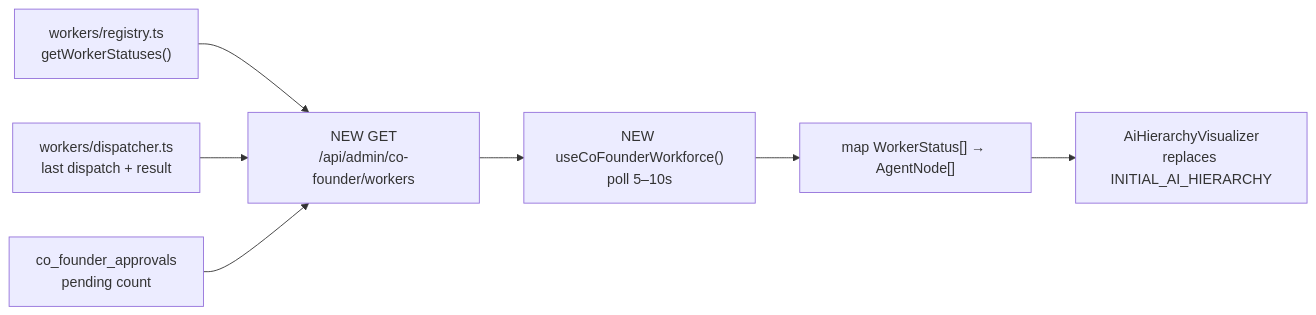
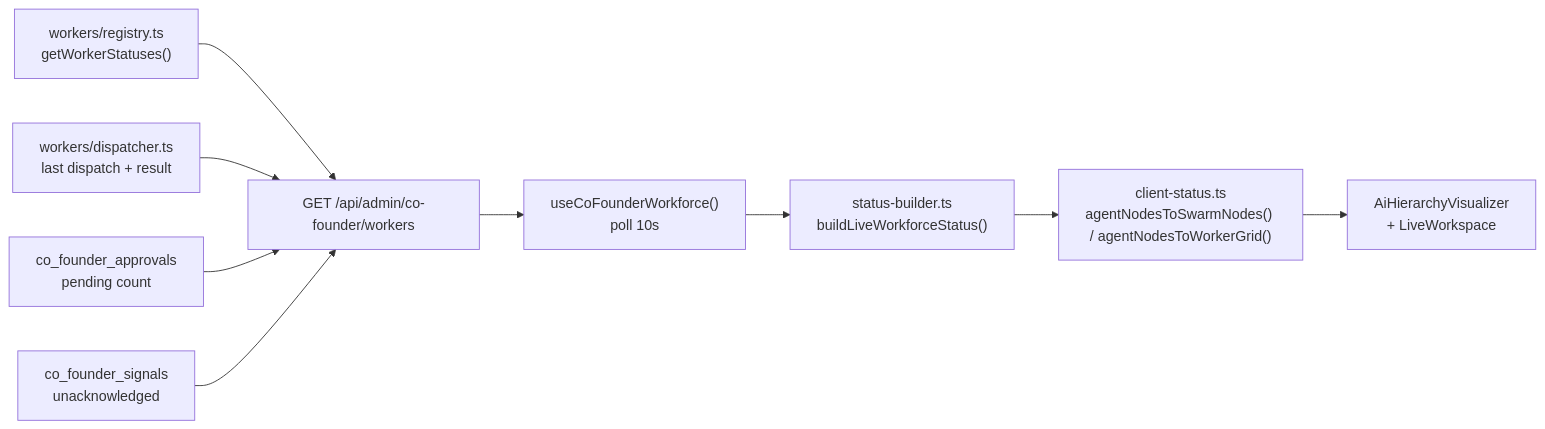
The seventh of 7 diagrams in AI_COFOUNDER_UI_UX_REDESIGN_DISCOVERY.md (Ruhvi2026/Ruhvi), drawn with Mermaid before and after one commit. The commit also changed other lines of this file and 22 other files, not shown here.

First line of the commit message:
docs(co-founder): update AI COFOUNDER UI/UX redesign discovery doc with implementation status

````diff
--- a/AI_COFOUNDER_UI_UX_REDESIGN_DISCOVERY.md
+++ b/AI_COFOUNDER_UI_UX_REDESIGN_DISCOVERY.md
@@ -1121,9 +1166,11 @@
 ```mermaid
 flowchart LR
-  REG["workers/registry.ts<br/>getWorkerStatuses()"] --> ROUTE["NEW GET<br/>/api/admin/co-founder/workers"]
+  REG["workers/registry.ts<br/>getWorkerStatuses()"] --> ROUTE["GET /api/admin/co-founder/workers"]
   DISP["workers/dispatcher.ts<br/>last dispatch + result"] --> ROUTE
   APPR["co_founder_approvals<br/>pending count"] --> ROUTE
-  ROUTE --> HOOK["NEW useCoFounderWorkforce()<br/>poll 5–10s"]
-  HOOK --> MAP["map WorkerStatus[] → AgentNode[]"]
-  MAP --> HIER["AiHierarchyVisualizer<br/>replaces INITIAL_AI_HIERARCHY"]
+  SIG["co_founder_signals<br/>unacknowledged"] --> ROUTE
+  ROUTE --> HOOK["useCoFounderWorkforce()<br/>poll 10s"]
+  HOOK --> MAP["status-builder.ts<br/>buildLiveWorkforceStatus()"]
+  MAP --> ADAPTER["client-status.ts<br/>agentNodesToSwarmNodes() / agentNodesToWorkerGrid()"]
+  ADAPTER --> HIER["AiHierarchyVisualizer<br/>+ LiveWorkspace"]
 ```
````
